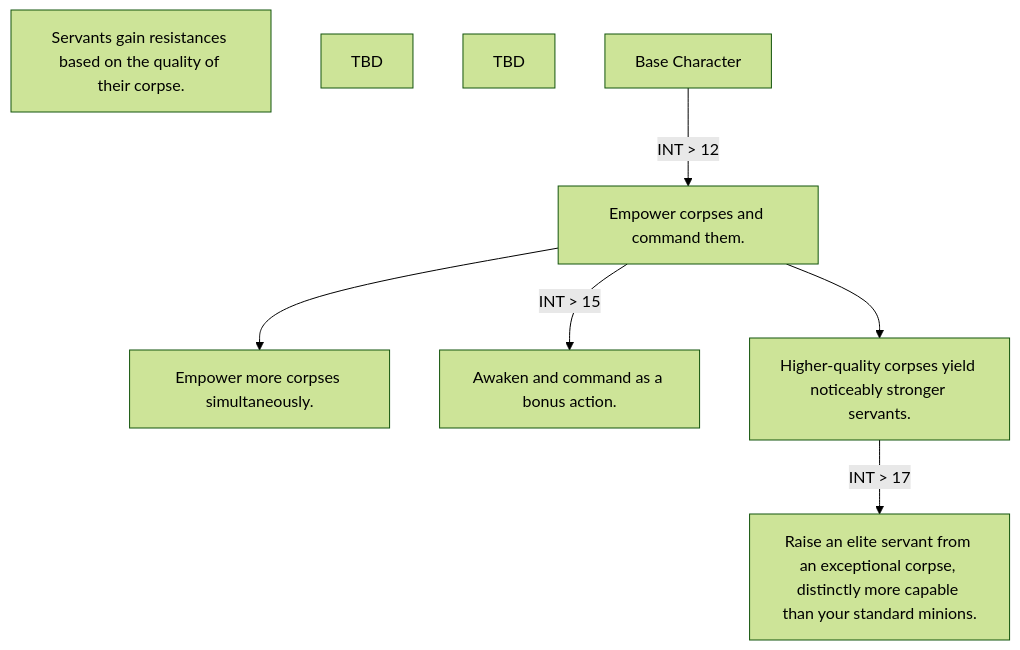
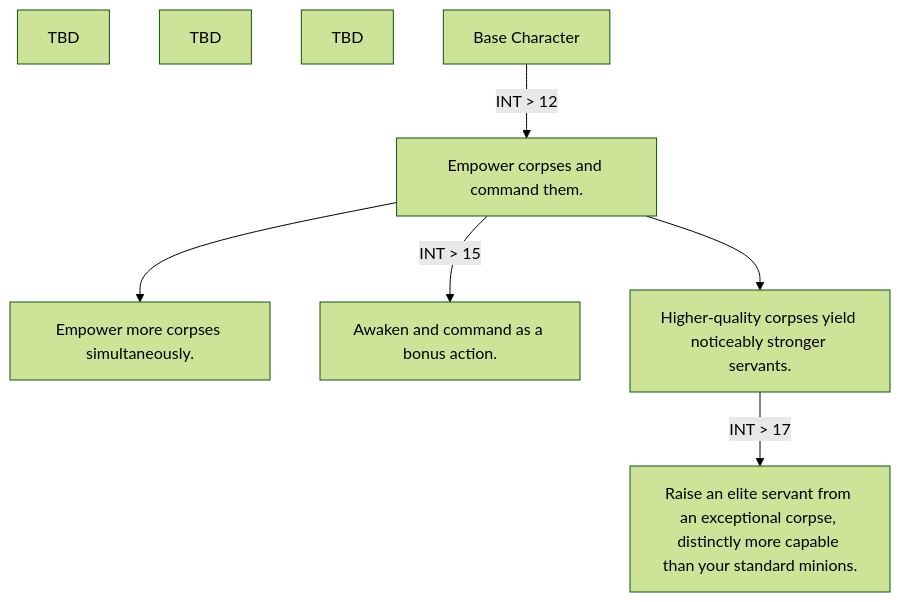
One commit to WiIdNeo/DnD changed diagram 21 of 28 in Classes and Races/Classes/Class-Handbook.md. Above: the diagram before and after it, drawn with Mermaid (forest theme). The commit also changed other lines of this file, not shown here.

````diff
--- a/Classes and Races/Classes/Class-Handbook.md
+++ b/Classes and Races/Classes/Class-Handbook.md
@@ -573,18 +575,18 @@
 ```mermaid
 flowchart TD
 
 A[Base Character]
 
 1["Empower corpses and command them."]
 2["Empower more corpses simultaneously."]
 3["Awaken and command as a bonus action."]
 4["Higher-quality corpses yield noticeably stronger servants."]
-5["Servants gain resistances based on the quality of their corpse."]
+5["TBD"]
 6["TBD"]
 7["TBD"]
 8["Raise an elite servant from an exceptional corpse, distinctly more capable than your standard minions."]
 
 A --> |INT > 12|1 --> 4 --> |INT > 17|8
 1 --> 2
 1 --> |INT > 15|3
 ```
````
